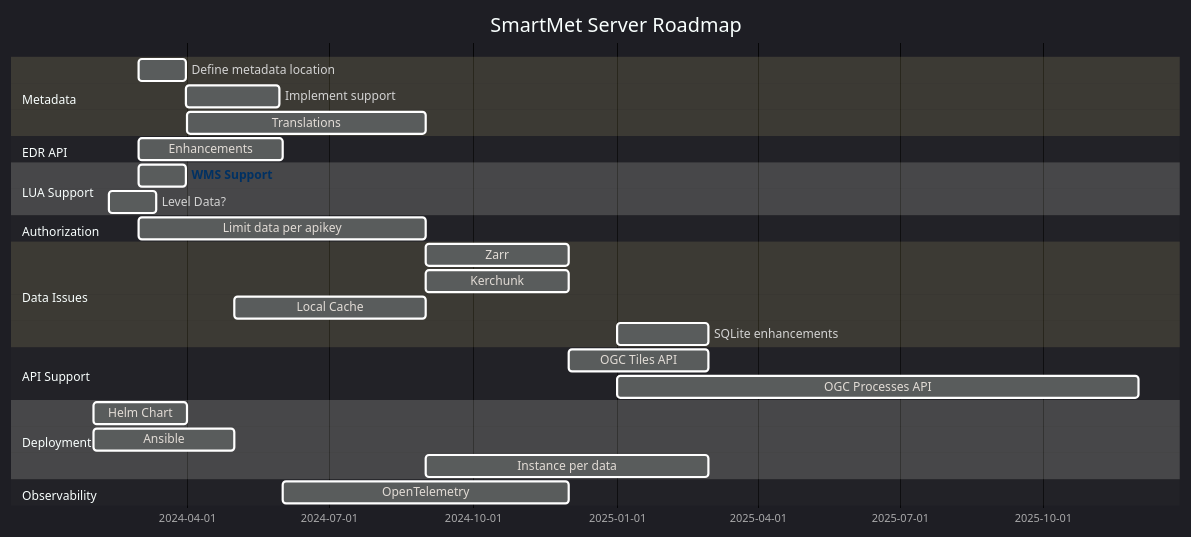
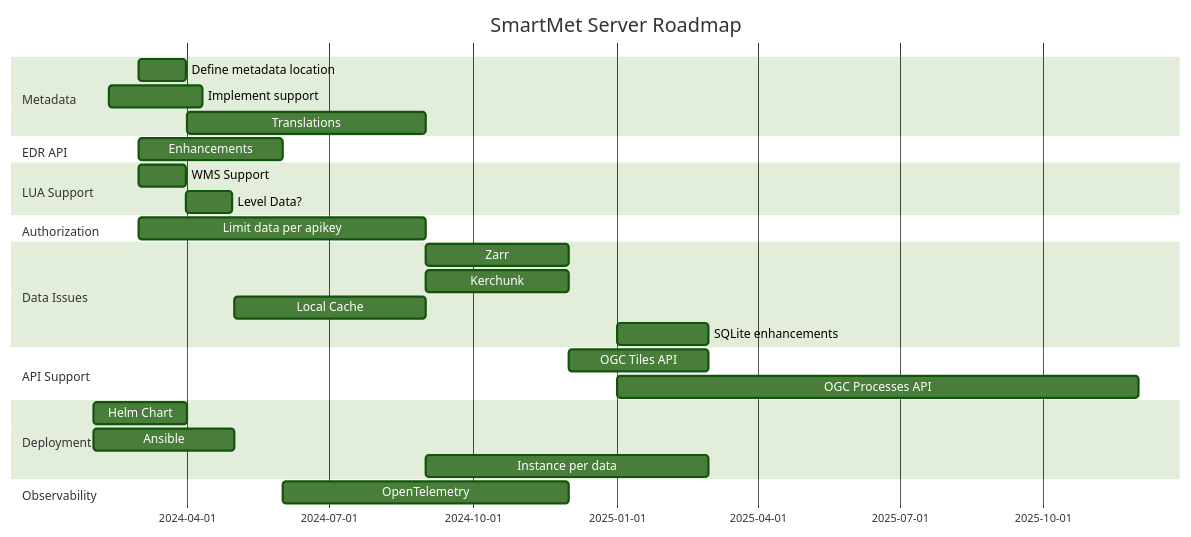
One commit to oksman/rando-solver changed the diagram in mermaid.md. Above: the diagram before and after it, drawn with Mermaid.

````diff
--- a/mermaid.md
+++ b/mermaid.md
@@ -1,35 +1,33 @@
 ```mermaid
-%%{init: {'theme': 'dark' } }%%
+%%{init: {'theme': 'forest' } }%%
 
 gantt
     title SmartMet Server Roadmap
     dateFormat YYYY-MM
     section Metadata
-        Define metadata location :a1, 2024-03, 30d
-        Implement support :after a1, 60d
-        Translations :2024-04, 2024-09
+        Define metadata location :define-metadata, 2024-03, 30d
+        Implement support :implement-metadata, after define, 60d
+        Translations :translations, 2024-04, 2024-09
     section EDR API
-        Enhancements :2024-03, 2024-06
+        Enhancements :edr-enhancements, 2024-03, 2024-06
     section LUA Support
-        WMS Support :2024-03, 30d
-        Level Data?  :after WMS Support, 30d
-
-        click cl1 href "https://mermaidjs. github.io/"
+        WMS Support :lua-wms, 2024-03, 30d
+        Level Data?  :after lua-wms, 30d
     section Authorization
-        Limit data per apikey :2024-03, 2024-09
+        Limit data per apikey :auth-limit, 2024-03, 2024-09
     section Data Issues
-        Zarr :2024-09, 2024-12
-        Kerchunk :2024-09, 2024-12
-        Local Cache :2024-05, 2024-09
-        SQLite enhancements :2025-01, 2025-03
+        Zarr :zarr, 2024-09, 2024-12
+        Kerchunk :kerchunk, 2024-09, 2024-12
+        Local Cache :local-cache, 2024-05, 2024-09
+        SQLite enhancements :sqlite, 2025-01, 2025-03
     section API Support
-        OGC Tiles API :2024-12, 2025-03
-        OGC Processes API :2025-01, 2025-12
+        OGC Tiles API :ogc-tiles-api, 2024-12, 2025-03
+        OGC Processes API :ogc-processes-api, 2025-01, 2025-12
     section Deployment
-        Helm Chart :2024-02, 2024-04
-        Ansible :2024-02, 2024-05
-        Instance per data :2024-09, 2025-03
+        Helm Chart :helm-chart, 2024-02, 2024-04
+        Ansible :ansible, 2024-02, 2024-05
+        Instance per data :instance-per-data, 2024-09, 2025-03
     section Observability
-        OpenTelemetry :2024-06, 2024-12
+        OpenTelemetry :opentelemetry, 2024-06, 2024-12
 
 ```
````
